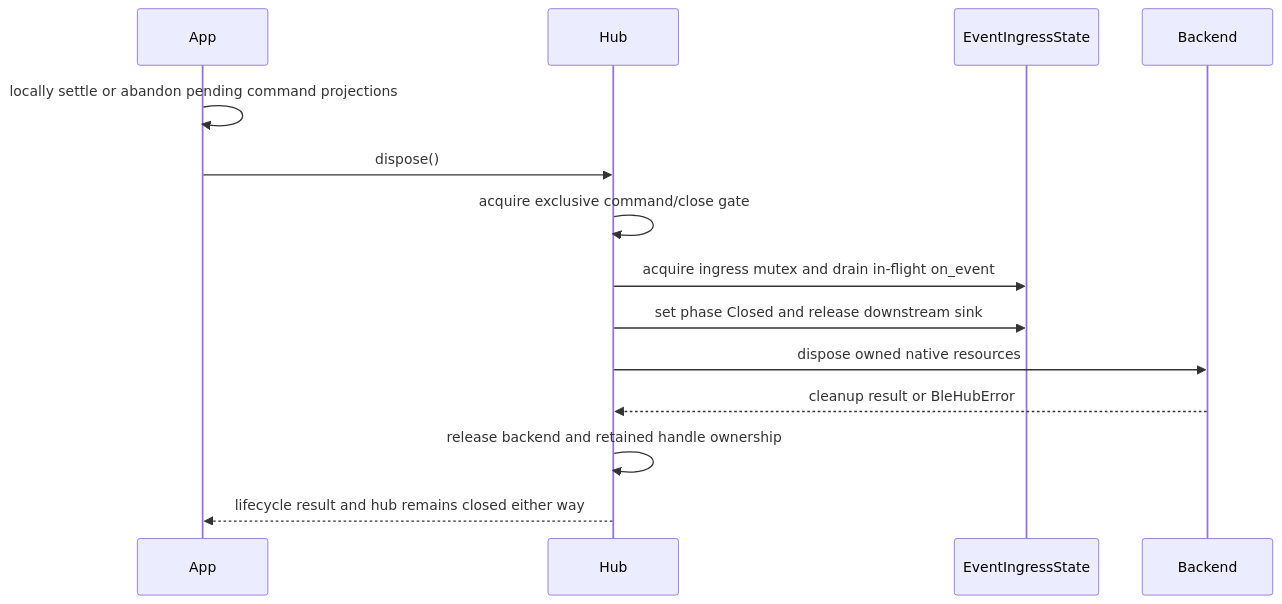
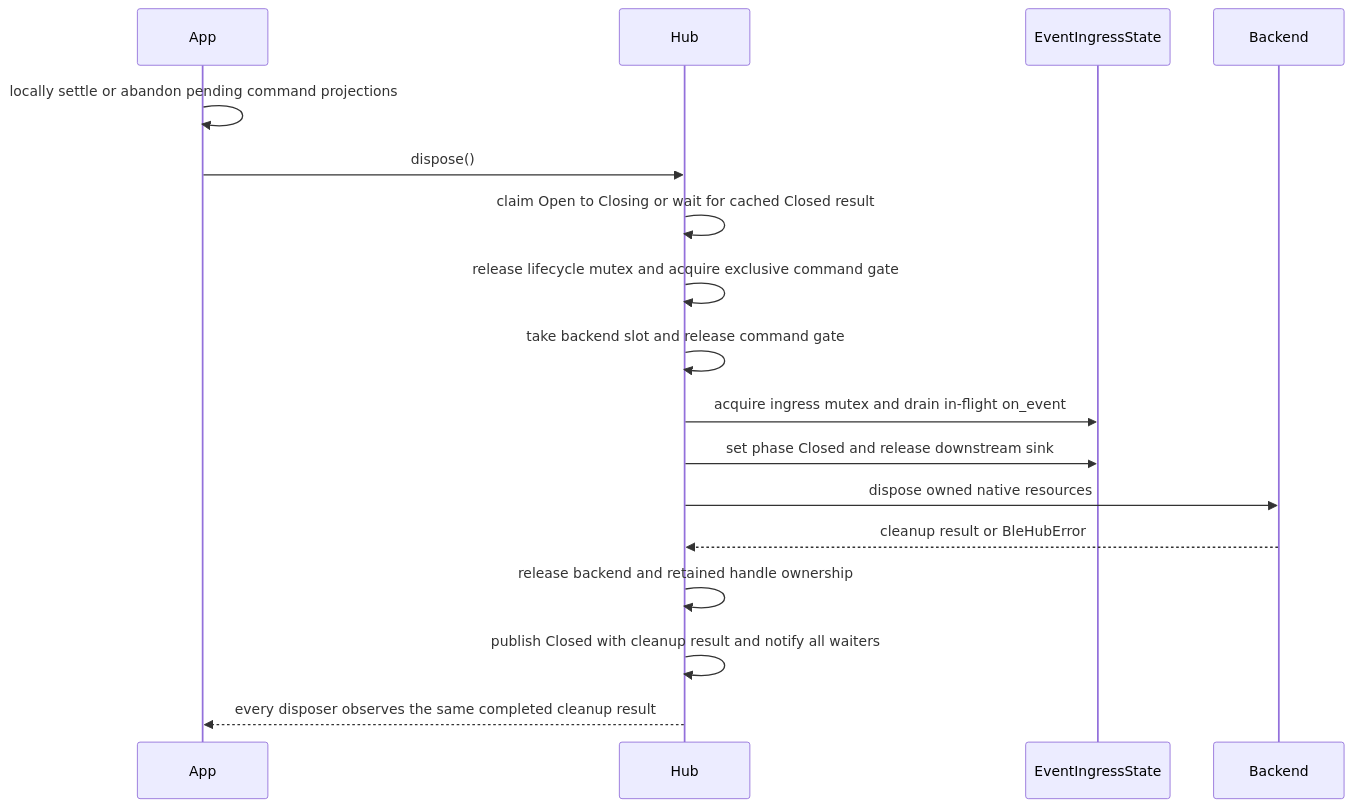
The tenth of 11 diagrams in .plan/PLAN.md (VIDLG/blengine), drawn with Mermaid before and after one commit. The commit also changed other lines of this file and 297 other files, not shown here.

````diff
--- a/.plan/PLAN.md
+++ b/.plan/PLAN.md
@@ -1841,17 +1884,20 @@
 ```mermaid
 sequenceDiagram
     participant App
     participant Hub
     participant State as EventIngressState
     participant Backend
 
     App->>App: locally settle or abandon pending command projections
     App->>Hub: dispose()
-    Hub->>Hub: acquire exclusive command/close gate
+    Hub->>Hub: claim Open to Closing or wait for cached Closed result
+    Hub->>Hub: release lifecycle mutex and acquire exclusive command gate
+    Hub->>Hub: take backend slot and release command gate
     Hub->>State: acquire ingress mutex and drain in-flight on_event
     Hub->>State: set phase Closed and release downstream sink
     Hub->>Backend: dispose owned native resources
     Backend-->>Hub: cleanup result or BleHubError
     Hub->>Hub: release backend and retained handle ownership
-    Hub-->>App: lifecycle result and hub remains closed either way
+    Hub->>Hub: publish Closed with cleanup result and notify all waiters
+    Hub-->>App: every disposer observes the same completed cleanup result
 ```
````
